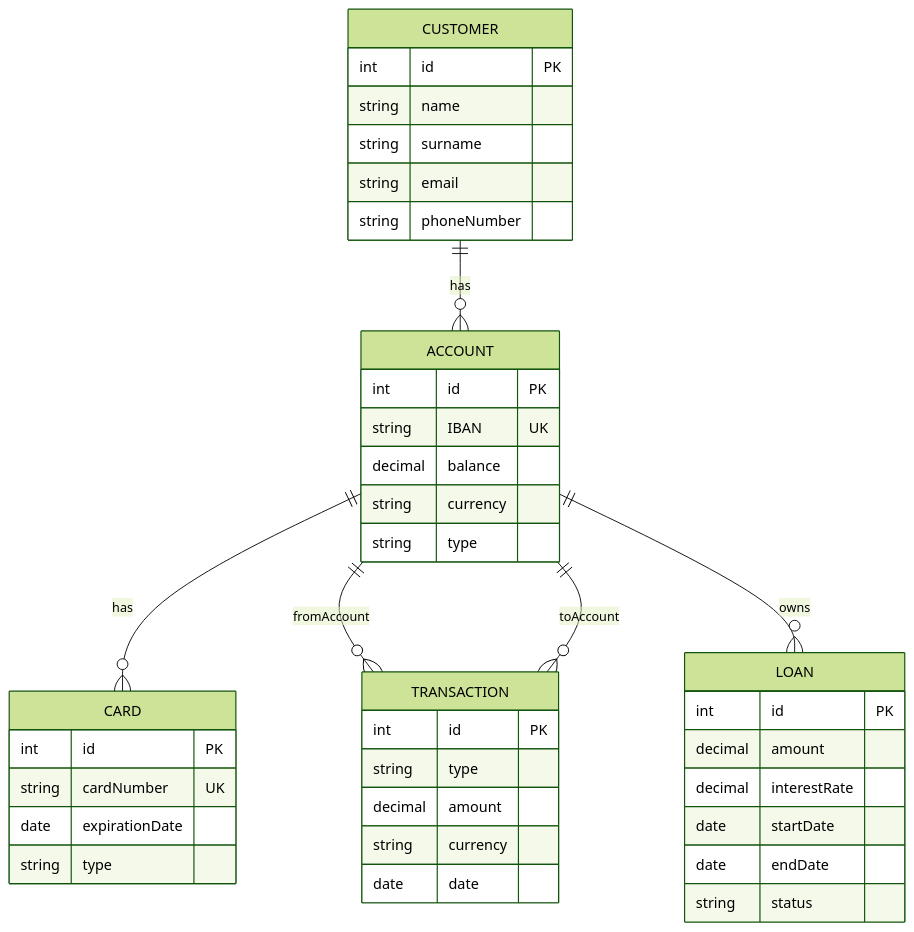
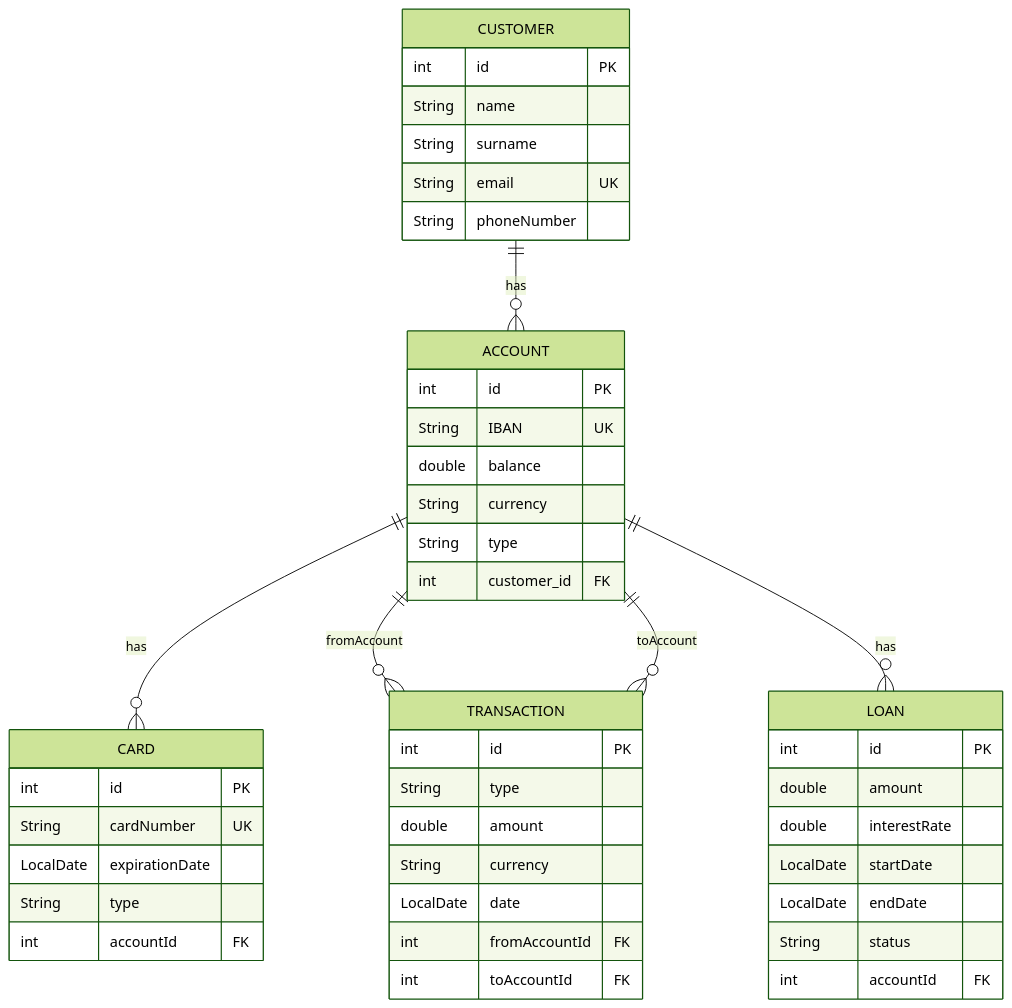
One commit to yakukhno02/DB_BankSystem changed the diagram in Lab1/BankSystem.mmd. Above: the diagram before and after it, drawn with Mermaid (forest theme). The commit also changed 2 other files, not shown here.

Commit message:
change data types and add FK for Lab1 ER diagram

```diff
--- a/Lab1/BankSystem.mmd
+++ b/Lab1/BankSystem.mmd
@@ -1,46 +1,51 @@
 erDiagram
     CUSTOMER {
         int id PK
-        string name
-        string surname
-        string email
-        string phoneNumber
+        String name
+        String surname
+        String email UK
+        String phoneNumber
     }
 
     ACCOUNT {
         int id PK
-        string IBAN UK
-        decimal balance
-        string currency
-        string type
+        String IBAN UK
+        double balance
+        String currency
+        String type
+        int customer_id FK
     }
 
     CARD {
         int id PK
-        string cardNumber UK
-        date expirationDate
-        string type
+        String cardNumber UK
+        LocalDate expirationDate
+        String type
+        int accountId FK
     }
 
     TRANSACTION {
         int id PK
-        string type
-        decimal amount
-        string currency
-        date date
+        String type
+        double amount
+        String currency
+        LocalDate date
+        int fromAccountId FK
+        int toAccountId FK
     }
 
     LOAN {
         int id PK
-        decimal amount
-        decimal interestRate
-        date startDate
-        date endDate
-        string status
+        double amount
+        double interestRate
+        LocalDate startDate
+        LocalDate endDate
+        String status
+        int accountId FK
     }
 
     CUSTOMER ||--o{ ACCOUNT : has
     ACCOUNT ||--o{ CARD : has
     ACCOUNT ||--o{ TRANSACTION : fromAccount
     ACCOUNT ||--o{ TRANSACTION : toAccount
-    ACCOUNT ||--o{ LOAN : owns
+    ACCOUNT ||--o{ LOAN : has
```
